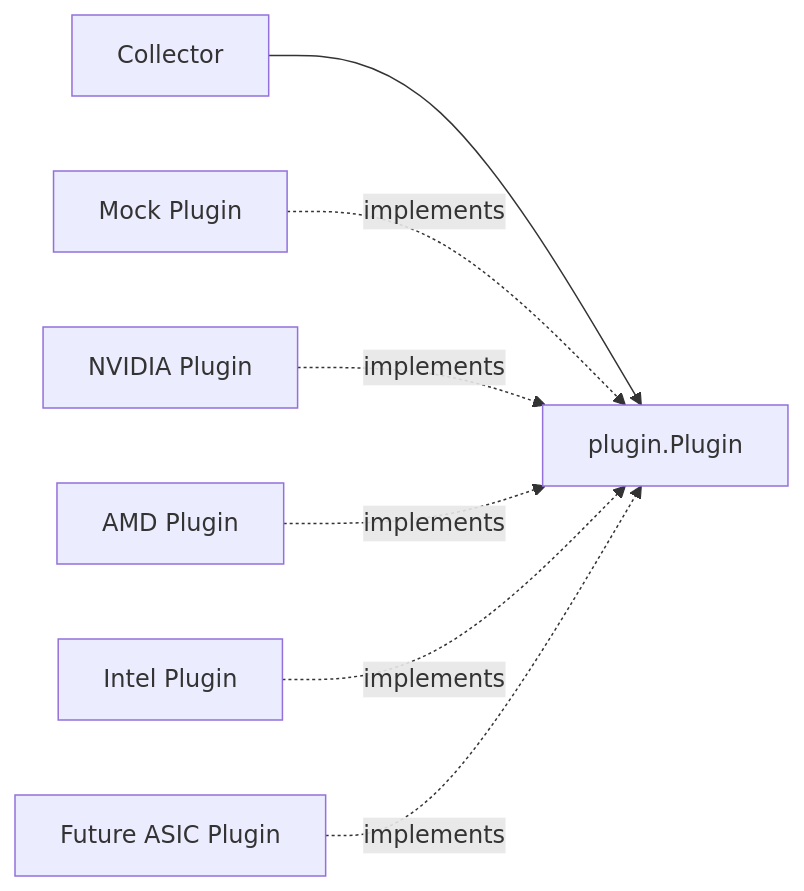
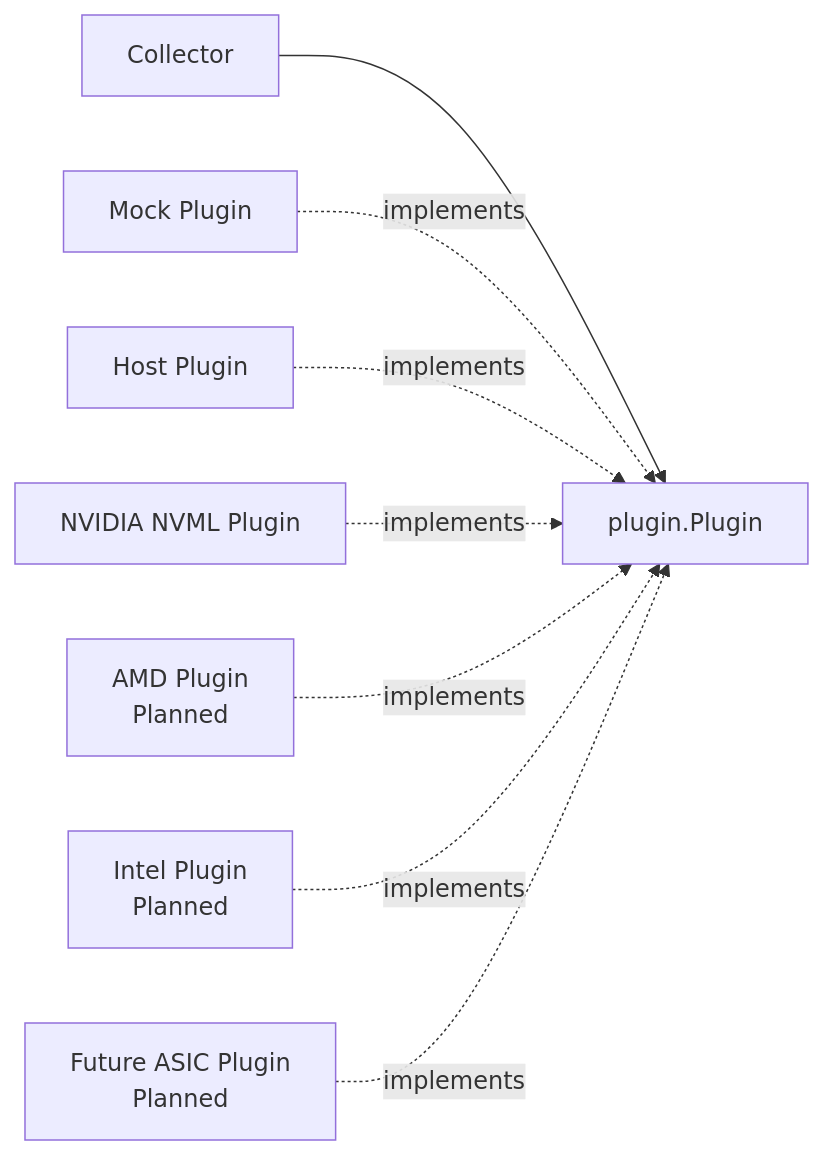
Before and after one commit to hdimmfh/xpu-monitor-agent: the first of 3 diagrams in docs/01-plugin-api.md, drawn with Mermaid. The commit also changed other lines of this file, not shown here.

````diff
--- a/docs/01-plugin-api.md
+++ b/docs/01-plugin-api.md
@@ -11,11 +11,12 @@
 ```mermaid
 flowchart LR
-
     Collector["Collector"] --> Plugin["plugin.Plugin"]
 
     Mock["Mock Plugin"] -.implements.-> Plugin
-    NVIDIA["NVIDIA Plugin"] -.implements.-> Plugin
-    AMD["AMD Plugin"] -.implements.-> Plugin
-    Intel["Intel Plugin"] -.implements.-> Plugin
-    Future["Future ASIC Plugin"] -.implements.-> Plugin
+    Host["Host Plugin"] -.implements.-> Plugin
+    NVIDIA["NVIDIA NVML Plugin"] -.implements.-> Plugin
+
+    AMD["AMD Plugin<br/>Planned"] -.implements.-> Plugin
+    Intel["Intel Plugin<br/>Planned"] -.implements.-> Plugin
+    Future["Future ASIC Plugin<br/>Planned"] -.implements.-> Plugin
 ```
````
